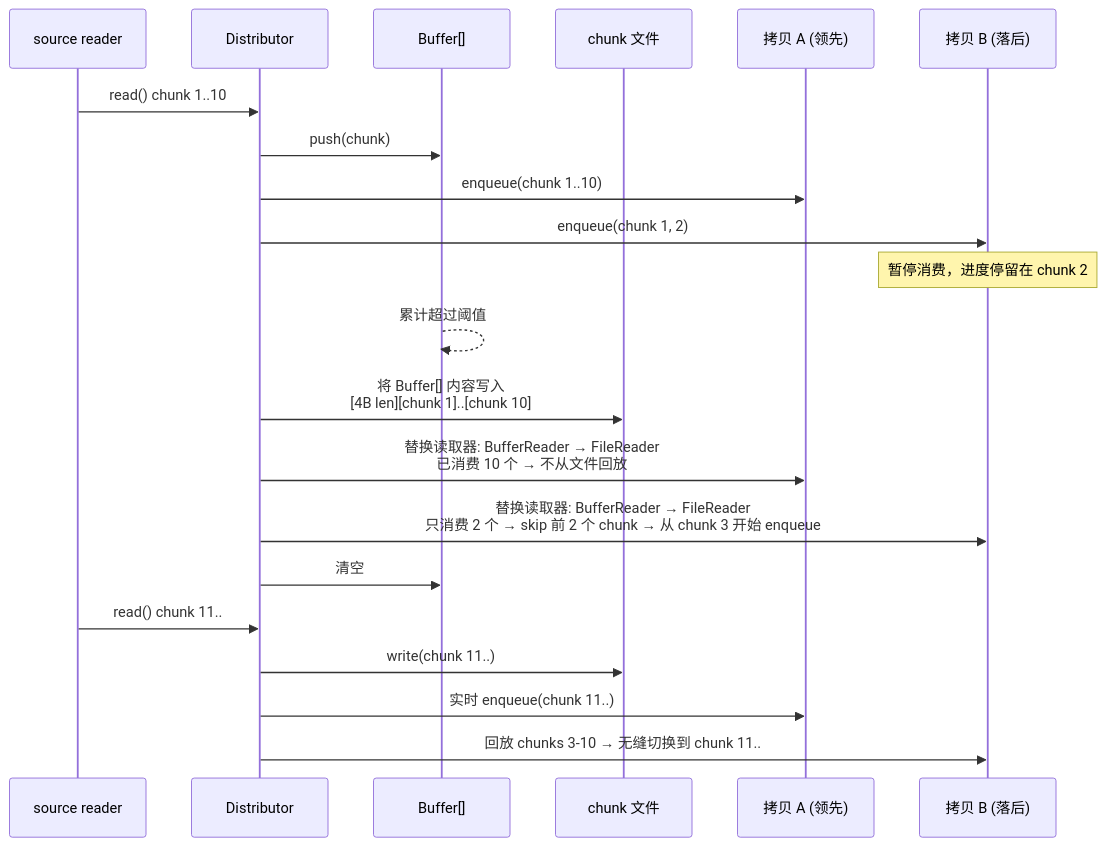
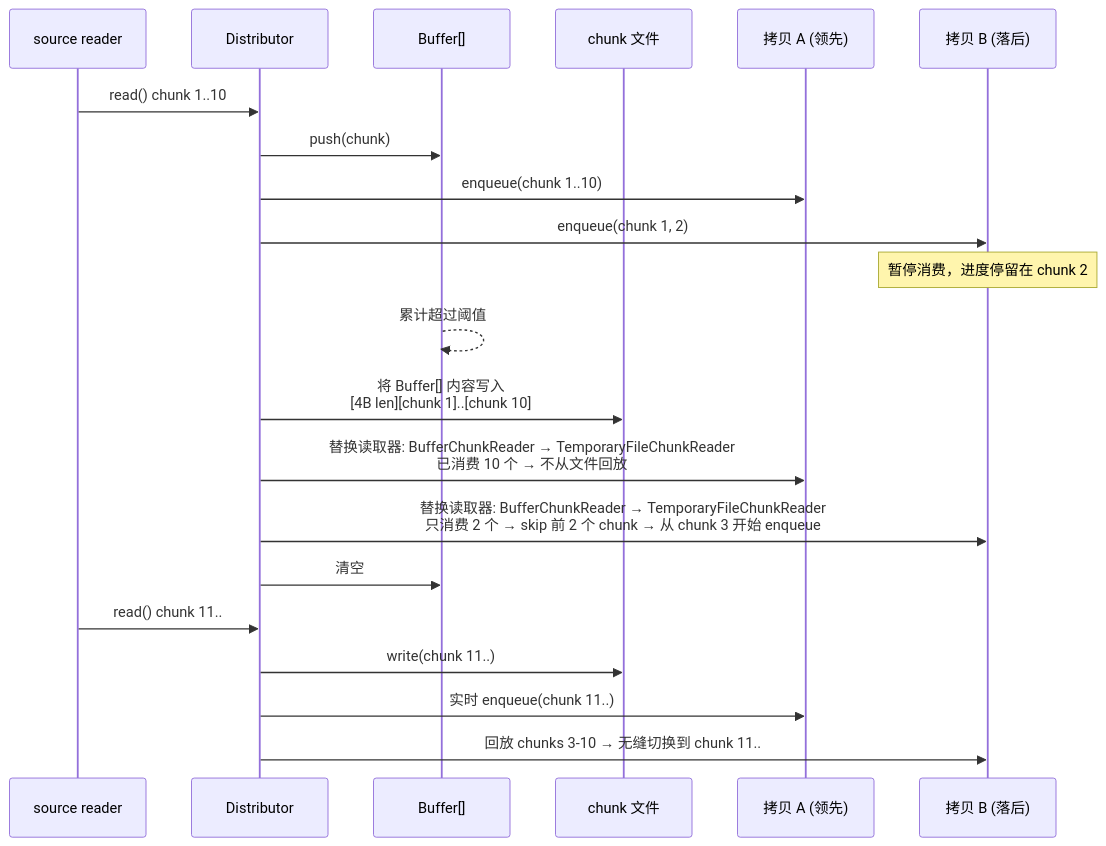
Before and after one commit to produck/node-readable-stream-distributor: the fourth of 5 diagrams in DESIGN.md, drawn with Mermaid. The commit also changed other lines of this file and 13 other files, not shown here.

````diff
--- a/DESIGN.md
+++ b/DESIGN.md
@@ -176,26 +202,26 @@
 ```mermaid
 sequenceDiagram
     participant SRC as source reader
     participant DIST as Distributor
     participant BUF as Buffer[]
     participant FILE as chunk 文件
     participant A as 拷贝 A (领先)
     participant B as 拷贝 B (落后)
 
     SRC->>DIST: read() chunk 1..10
     DIST->>BUF: push(chunk)
     DIST->>A: enqueue(chunk 1..10)
     DIST->>B: enqueue(chunk 1, 2)
     Note over B: 暂停消费，进度停留在 chunk 2
 
     BUF-->>BUF: 累计超过阈值
     DIST->>FILE: 将 Buffer[] 内容写入<br/>[4B len][chunk 1]..[chunk 10]
-    DIST->>A: 替换读取器: BufferReader → FileReader<br/>已消费 10 个 → 不从文件回放
-    DIST->>B: 替换读取器: BufferReader → FileReader<br/>只消费 2 个 → skip 前 2 个 chunk → 从 chunk 3 开始 enqueue
+    DIST->>A: 替换读取器: BufferChunkReader → TemporaryFileChunkReader<br/>已消费 10 个 → 不从文件回放
+    DIST->>B: 替换读取器: BufferChunkReader → TemporaryFileChunkReader<br/>只消费 2 个 → skip 前 2 个 chunk → 从 chunk 3 开始 enqueue
     DIST->>BUF: 清空
 
     SRC->>DIST: read() chunk 11..
     DIST->>FILE: write(chunk 11..)
     DIST->>A: 实时 enqueue(chunk 11..)
     DIST->>B: 回放 chunks 3-10 → 无缝切换到 chunk 11..
 ```
````
